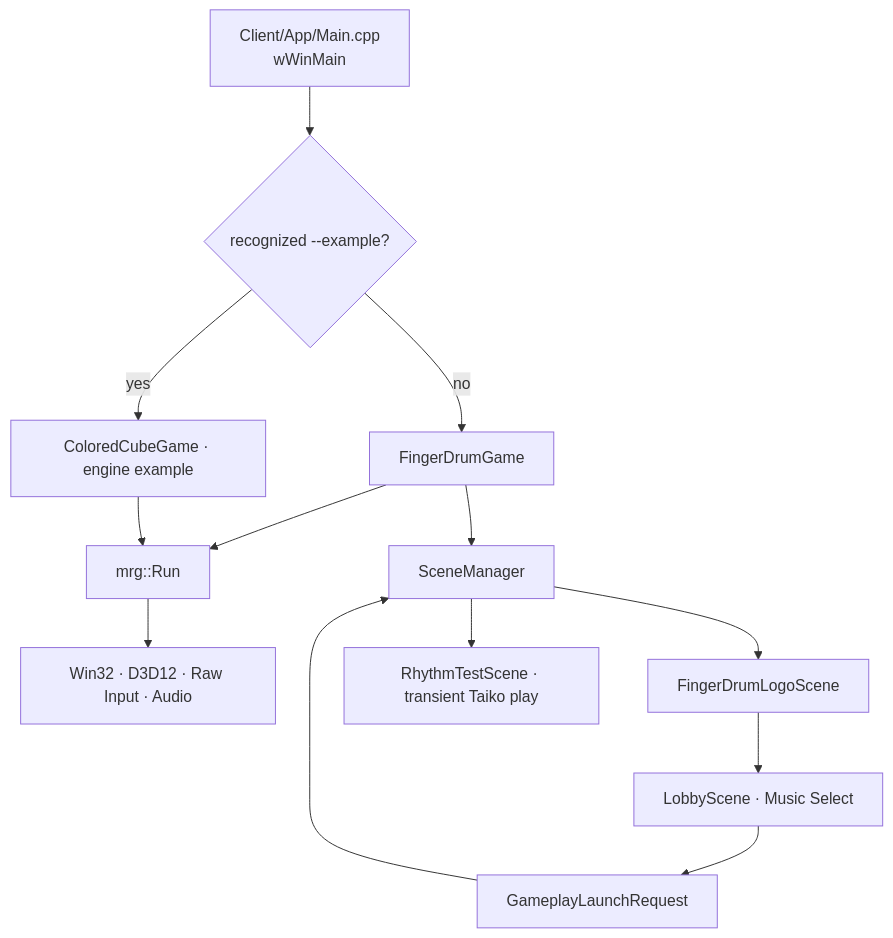
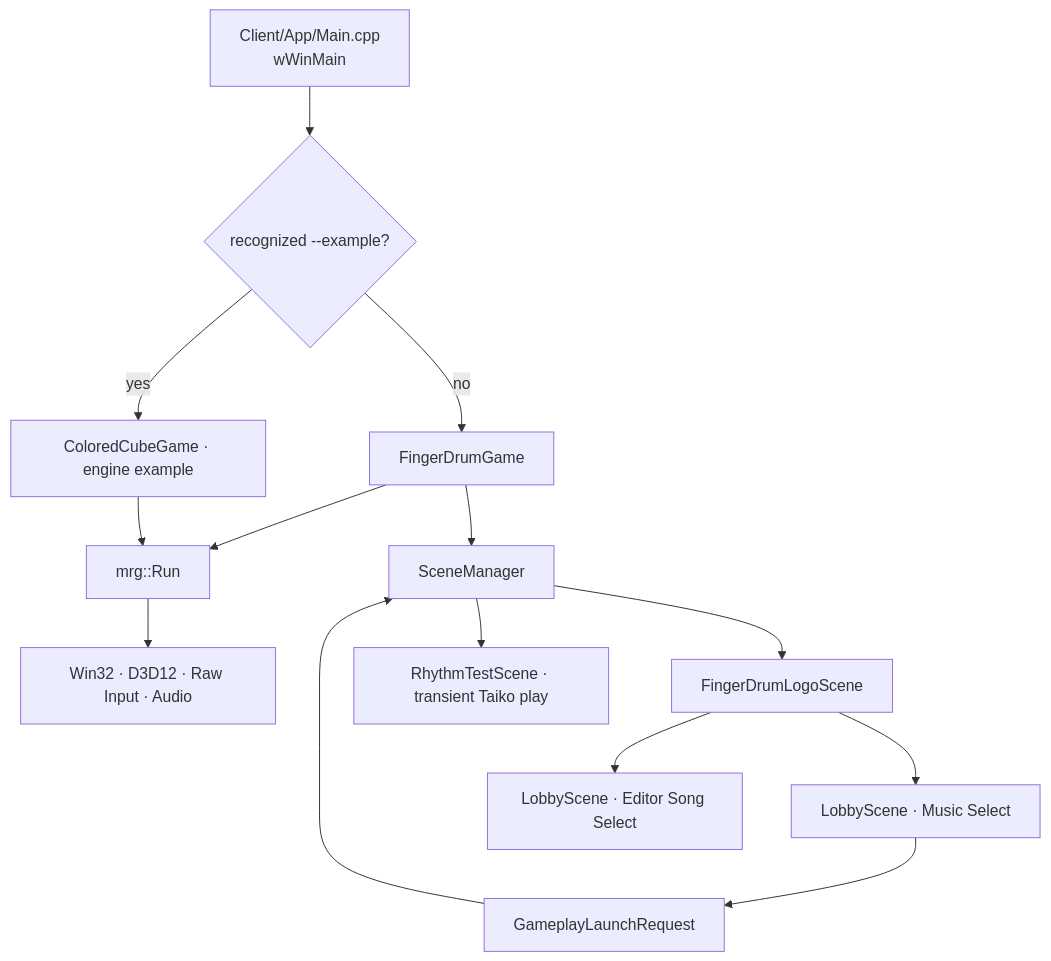
One commit to 4dblackhole/MyRhythmGame-Client changed the diagram in Docs/ExecutionFlow.md. Above: the diagram before and after it, drawn with Mermaid. The commit also changed other lines of this file and 10 other files, not shown here.

Commit message:
Add editor song selection scene

````diff
--- a/Docs/ExecutionFlow.md
+++ b/Docs/ExecutionFlow.md
@@ -6,15 +6,16 @@
 ```mermaid
 flowchart TD
     Entry["Client/App/Main.cpp\nwWinMain"] --> Route{"recognized --example?"}
     Route -->|"no"| Game["FingerDrumGame"]
     Route -->|"yes"| Example["ColoredCubeGame · engine example"]
     Game --> Run["mrg::Run"]
     Example --> Run
     Run --> Systems["Win32 · D3D12 · Raw Input · Audio"]
     Game --> Manager["SceneManager"]
     Manager --> Logo["FingerDrumLogoScene"]
     Logo --> Lobby["LobbyScene · Music Select"]
+    Logo --> EditorSelect["LobbyScene · Editor Song Select"]
     Lobby --> Request["GameplayLaunchRequest"]
     Request --> Manager
     Manager --> Test["RhythmTestScene · transient Taiko play"]
 ```
````
